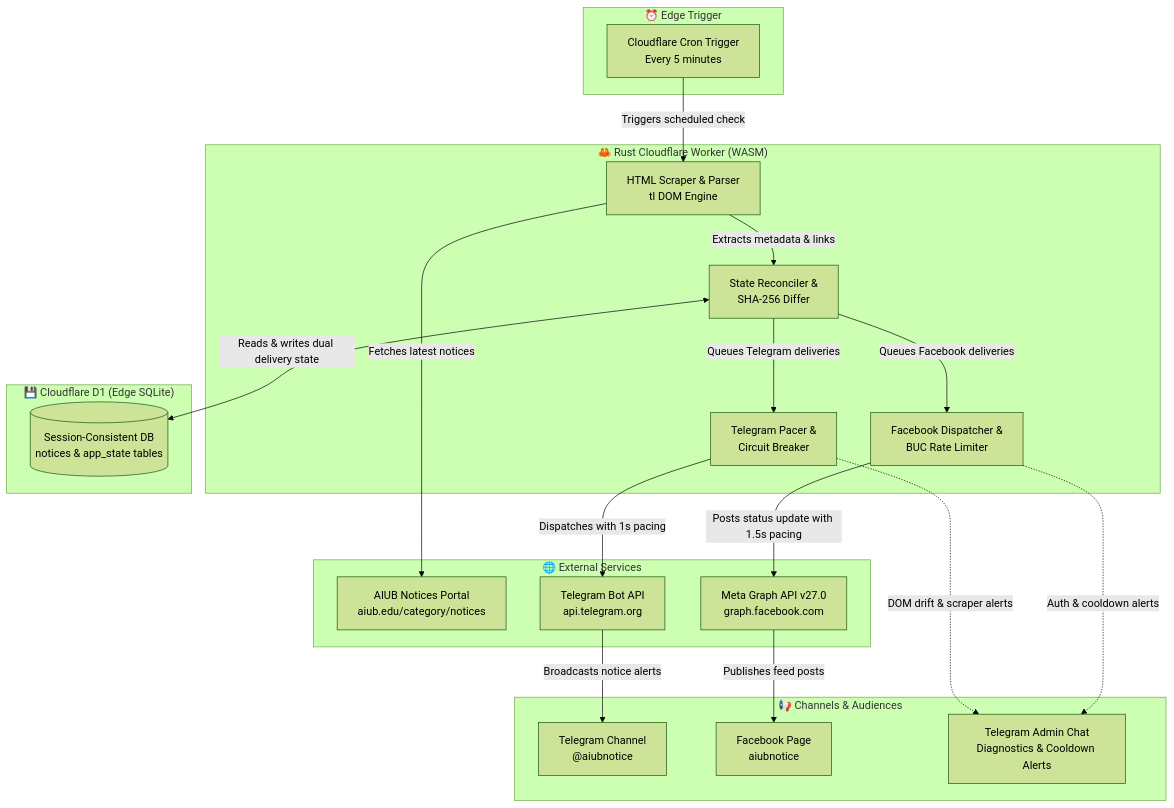
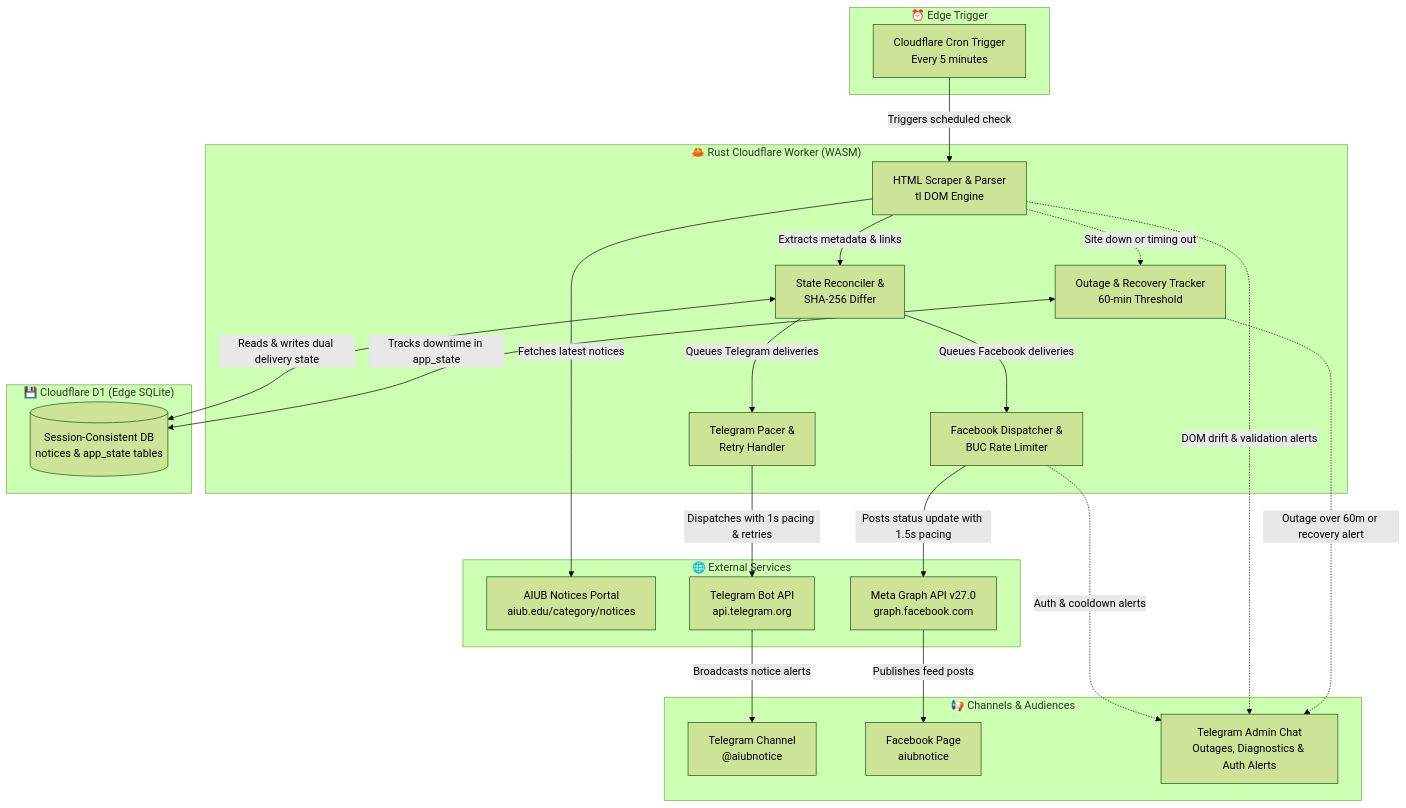
One commit to origamiofficial/aiub-notice-checker changed the first of 2 diagrams in README.md. Above: the diagram before and after it, drawn with Mermaid (forest theme). The commit also changed other lines of this file and 2 other files, not shown here.

First line of the commit message:
Document outage handling and format code

````diff
--- a/README.md
+++ b/README.md
@@ -73,42 +78,46 @@
 ```mermaid
 flowchart TD
     subgraph Schedule ["⏰ Edge Trigger"]
         Cron["Cloudflare Cron Trigger<br/>Every 5 minutes"]
     end
 
     subgraph Worker ["🦀 Rust Cloudflare Worker (WASM)"]
         Scraper["HTML Scraper & Parser<br/>tl DOM Engine"]
+        OutageTracker["Outage & Recovery Tracker<br/>60-min Threshold"]
         Reconciler["State Reconciler &<br/>SHA-256 Differ"]
-        TgDispatcher["Telegram Pacer &<br/>Circuit Breaker"]
+        TgDispatcher["Telegram Pacer &<br/>Retry Handler"]
         FbDispatcher["Facebook Dispatcher &<br/>BUC Rate Limiter"]
     end
 
     subgraph External ["🌐 External Services"]
         AIUB["AIUB Notices Portal<br/>aiub.edu/category/notices"]
         TelegramAPI["Telegram Bot API<br/>api.telegram.org"]
         MetaGraph["Meta Graph API v27.0<br/>graph.facebook.com"]
     end
 
     subgraph Storage ["💾 Cloudflare D1 (Edge SQLite)"]
         D1[("Session-Consistent DB<br/>notices & app_state tables")]
     end
 
     subgraph Delivery ["📢 Channels & Audiences"]
         TgChannel["Telegram Channel<br/>@aiubnotice"]
         FbPage["Facebook Page<br/>aiubnotice"]
-        Admin["Telegram Admin Chat<br/>Diagnostics & Cooldown Alerts"]
+        Admin["Telegram Admin Chat<br/>Outages, Diagnostics & Auth Alerts"]
     end
 
     Cron -->|Triggers scheduled check| Scraper
     Scraper -->|Fetches latest notices| AIUB
+    Scraper -.->|Site down or timing out| OutageTracker
+    OutageTracker <-->|Tracks downtime in app_state| D1
+    OutageTracker -.->|Outage over 60m or recovery alert| Admin
     Scraper -->|Extracts metadata & links| Reconciler
     Reconciler <-->|Reads & writes dual delivery state| D1
     Reconciler -->|Queues Telegram deliveries| TgDispatcher
     Reconciler -->|Queues Facebook deliveries| FbDispatcher
-    TgDispatcher -->|Dispatches with 1s pacing| TelegramAPI
+    TgDispatcher -->|Dispatches with 1s pacing & retries| TelegramAPI
     TelegramAPI -->|Broadcasts notice alerts| TgChannel
     FbDispatcher -->|Posts status update with 1.5s pacing| MetaGraph
     MetaGraph -->|Publishes feed posts| FbPage
-    TgDispatcher -.->|DOM drift & scraper alerts| Admin
+    Scraper -.->|DOM drift & validation alerts| Admin
     FbDispatcher -.->|Auth & cooldown alerts| Admin
 ```
````
